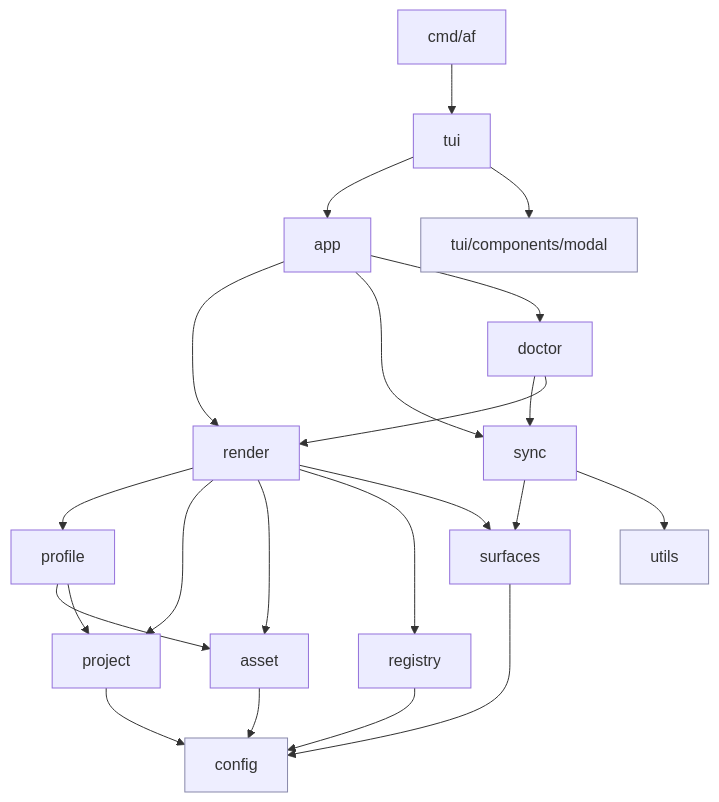
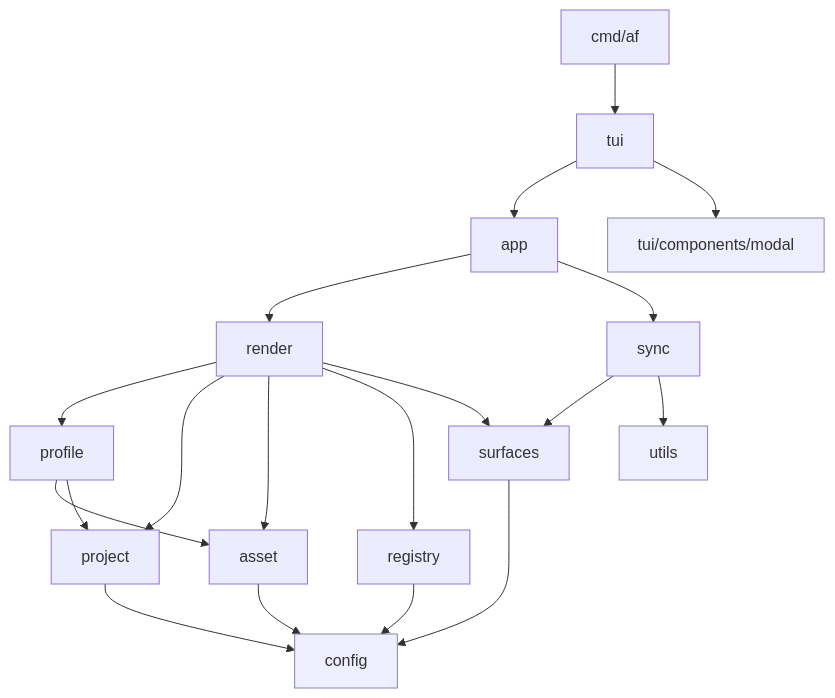
Before and after one commit to Hexworks/agentfiles: the diagram in docs/architecture/05-building-block-view.md, drawn with Mermaid. The commit also changed other lines of this file and 19 other files, not shown here.

````diff
--- a/docs/architecture/05-building-block-view.md
+++ b/docs/architecture/05-building-block-view.md
@@ -8,27 +8,24 @@
 ```mermaid
 flowchart TD
     cmdaf["cmd/af"] --> tui
     tui --> app
     app --> render
     app --> sync
-    app --> doctor
     render --> profile
     render --> project
     render --> asset
     render --> registry
     render --> surfaces
     sync --> surfaces
     sync --> utils
-    doctor --> sync
-    doctor --> render
     profile --> asset
     profile --> project
     asset --> config
     project --> config
     registry --> config
     surfaces --> config
     tui --> tui_components_modal["tui/components/modal"]
 
     classDef leaf fill:#eef,stroke:#88a;
     class config,errs,utils,tui_components_modal leaf;
 ```
````
